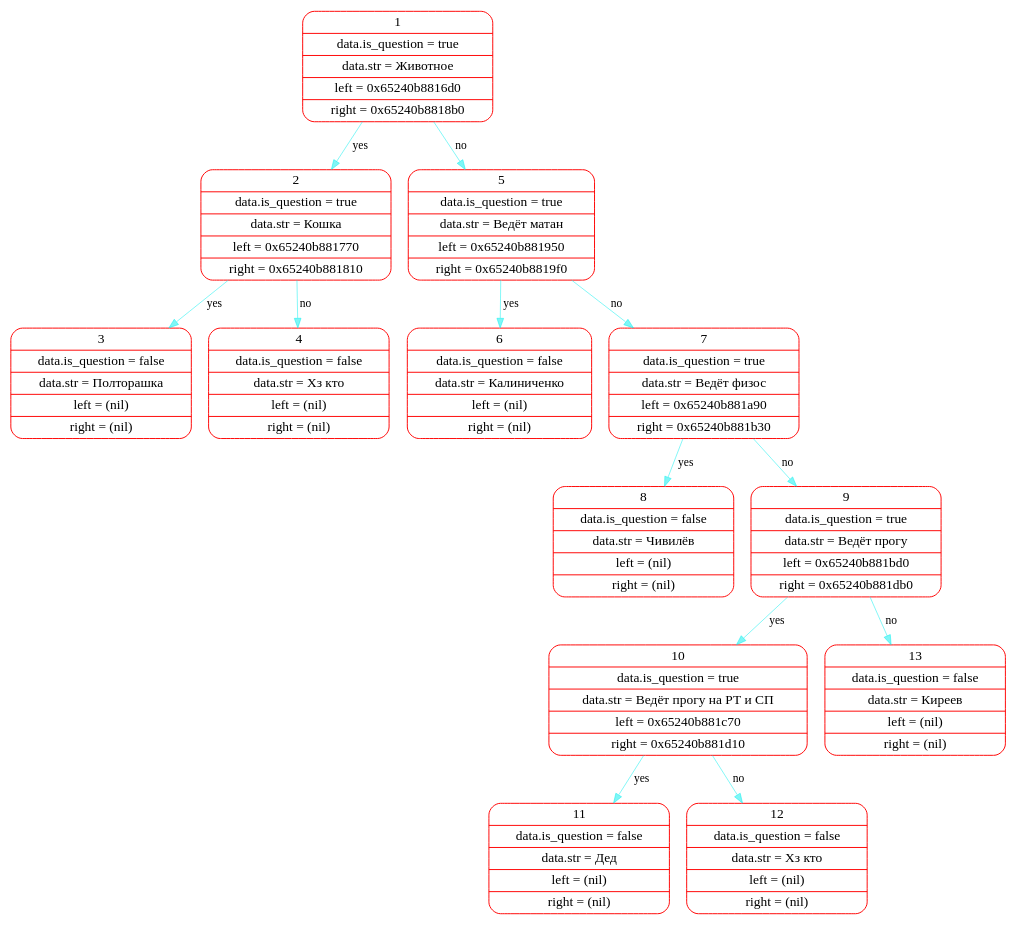
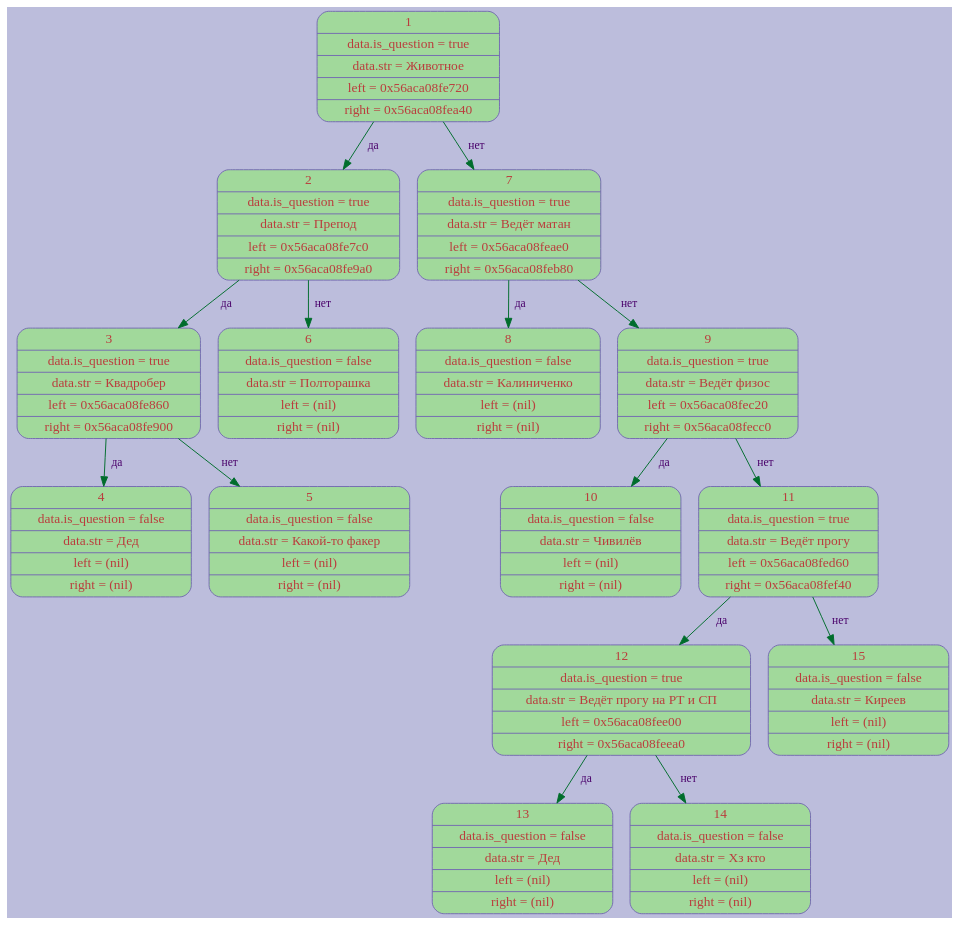
Before and after one commit to sevaphasol/akinator: the diagram in logs/dot_files/001.dot, drawn with Graphviz. The commit also changed 13 other files, not shown here.

```diff
--- a/logs/dot_files/001.dot
+++ b/logs/dot_files/001.dot
@@ -1,18 +1,21 @@
 digraph G{
 rankdir=HR;
-node[color="red",fontsize=14];
-edge[color="#00eeee80",fontsize=12, penwidth=1];
-elem1[shape="Mrecord", label="{ 1 | data.is_question = true | data.str = Животное | left = 0x65240b8816d0 | right = 0x65240b8818b0 }"];
-elem1->elem2[label = "yes"];elem2[shape="Mrecord", label="{ 2 | data.is_question = true | data.str = Кошка | left = 0x65240b881770 | right = 0x65240b881810 }"];
-elem2->elem3[label = "yes"];elem3[shape="Mrecord", label="{ 3 | data.is_question = false | data.str = Полторашка | left = (nil) | right = (nil) }"];
-elem2->elem4[label = "no"];elem4[shape="Mrecord", label="{ 4 | data.is_question = false | data.str = Хз кто | left = (nil) | right = (nil) }"];
-elem1->elem5[label = "no"];elem5[shape="Mrecord", label="{ 5 | data.is_question = true | data.str = Ведёт матан | left = 0x65240b881950 | right = 0x65240b8819f0 }"];
-elem5->elem6[label = "yes"];elem6[shape="Mrecord", label="{ 6 | data.is_question = false | data.str = Калиниченко | left = (nil) | right = (nil) }"];
-elem5->elem7[label = "no"];elem7[shape="Mrecord", label="{ 7 | data.is_question = true | data.str = Ведёт физос | left = 0x65240b881a90 | right = 0x65240b881b30 }"];
-elem7->elem8[label = "yes"];elem8[shape="Mrecord", label="{ 8 | data.is_question = false | data.str = Чивилёв | left = (nil) | right = (nil) }"];
-elem7->elem9[label = "no"];elem9[shape="Mrecord", label="{ 9 | data.is_question = true | data.str = Ведёт прогу | left = 0x65240b881bd0 | right = 0x65240b881db0 }"];
-elem9->elem10[label = "yes"];elem10[shape="Mrecord", label="{ 10 | data.is_question = true | data.str = Ведёт прогу на РТ и СП | left = 0x65240b881c70 | right = 0x65240b881d10 }"];
-elem10->elem11[label = "yes"];elem11[shape="Mrecord", label="{ 11 | data.is_question = false | data.str = Дед | left = (nil) | right = (nil) }"];
-elem10->elem12[label = "no"];elem12[shape="Mrecord", label="{ 12 | data.is_question = false | data.str = Хз кто | left = (nil) | right = (nil) }"];
-elem9->elem13[label = "no"];elem13[shape="Mrecord", label="{ 13 | data.is_question = false | data.str = Киреев | left = (nil) | right = (nil) }"];
+node[style=filled, color="#756bb1", fillcolor="#a1d99b",fontcolor="#ba3d3d", fontsize=14];
+edge[color="#006d2c", fontsize=12, penwidth=1, fontcolor = "#49006a"];
+bgcolor="#bcbddc";
+elem1[shape="Mrecord", label="{ 1 | data.is_question = true | data.str = Животное | left = 0x56aca08fe720 | right = 0x56aca08fea40 }"];
+elem1->elem2[label = " да "];elem2[shape="Mrecord", label="{ 2 | data.is_question = true | data.str = Препод | left = 0x56aca08fe7c0 | right = 0x56aca08fe9a0 }"];
+elem2->elem3[label = " да "];elem3[shape="Mrecord", label="{ 3 | data.is_question = true | data.str = Квадробер | left = 0x56aca08fe860 | right = 0x56aca08fe900 }"];
+elem3->elem4[label = " да "];elem4[shape="Mrecord", label="{ 4 | data.is_question = false | data.str = Дед | left = (nil) | right = (nil) }"];
+elem3->elem5[label = " нет "];elem5[shape="Mrecord", label="{ 5 | data.is_question = false | data.str = Какой-то факер | left = (nil) | right = (nil) }"];
+elem2->elem6[label = " нет "];elem6[shape="Mrecord", label="{ 6 | data.is_question = false | data.str = Полторашка | left = (nil) | right = (nil) }"];
+elem1->elem7[label = " нет "];elem7[shape="Mrecord", label="{ 7 | data.is_question = true | data.str = Ведёт матан | left = 0x56aca08feae0 | right = 0x56aca08feb80 }"];
+elem7->elem8[label = " да "];elem8[shape="Mrecord", label="{ 8 | data.is_question = false | data.str = Калиниченко | left = (nil) | right = (nil) }"];
+elem7->elem9[label = " нет "];elem9[shape="Mrecord", label="{ 9 | data.is_question = true | data.str = Ведёт физос | left = 0x56aca08fec20 | right = 0x56aca08fecc0 }"];
+elem9->elem10[label = " да "];elem10[shape="Mrecord", label="{ 10 | data.is_question = false | data.str = Чивилёв | left = (nil) | right = (nil) }"];
+elem9->elem11[label = " нет "];elem11[shape="Mrecord", label="{ 11 | data.is_question = true | data.str = Ведёт прогу | left = 0x56aca08fed60 | right = 0x56aca08fef40 }"];
+elem11->elem12[label = " да "];elem12[shape="Mrecord", label="{ 12 | data.is_question = true | data.str = Ведёт прогу на РТ и СП | left = 0x56aca08fee00 | right = 0x56aca08feea0 }"];
+elem12->elem13[label = " да "];elem13[shape="Mrecord", label="{ 13 | data.is_question = false | data.str = Дед | left = (nil) | right = (nil) }"];
+elem12->elem14[label = " нет "];elem14[shape="Mrecord", label="{ 14 | data.is_question = false | data.str = Хз кто | left = (nil) | right = (nil) }"];
+elem11->elem15[label = " нет "];elem15[shape="Mrecord", label="{ 15 | data.is_question = false | data.str = Киреев | left = (nil) | right = (nil) }"];
 }
```
